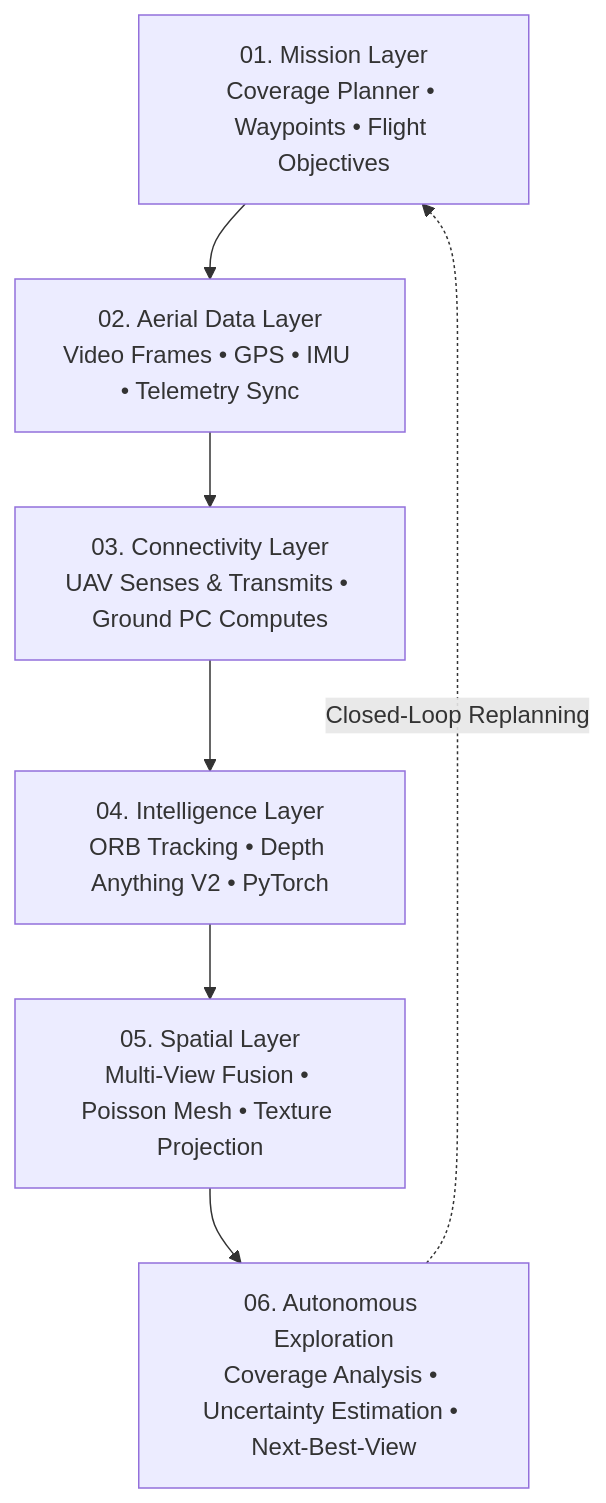
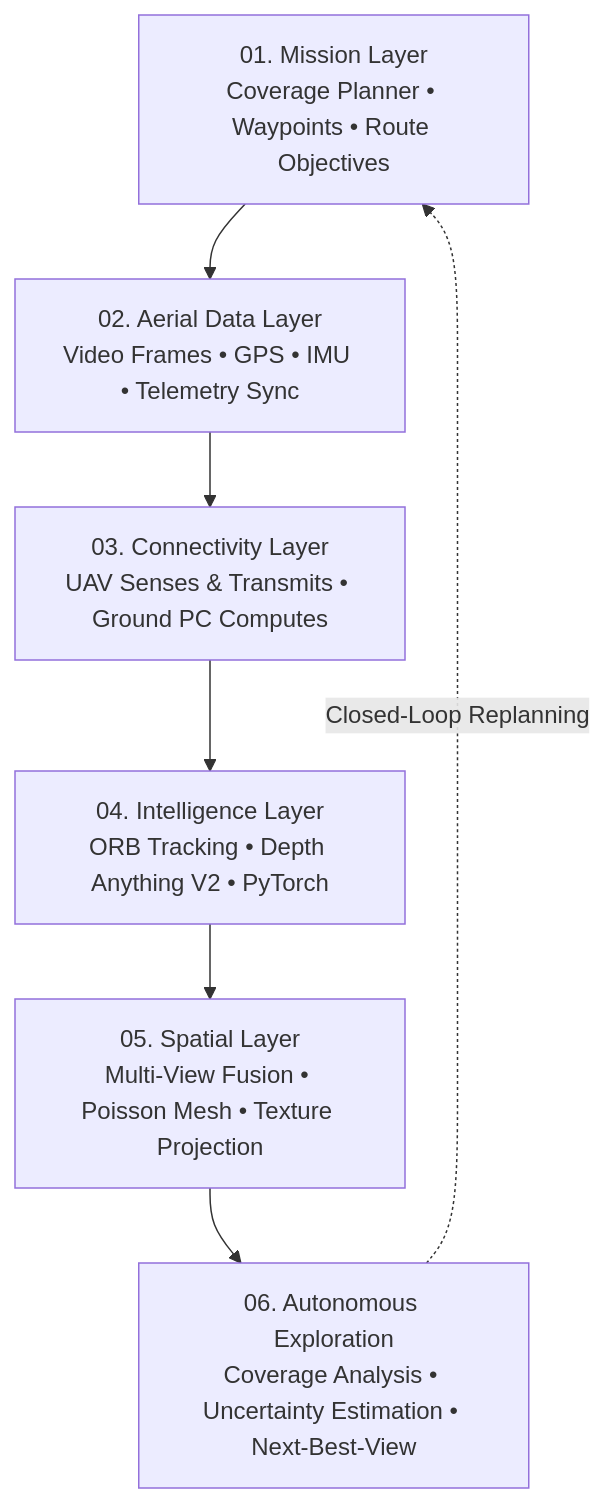
The diagram in README.md (itzlead12/minab), drawn with Mermaid before and after one commit. The commit also changed other lines of this file and 76 other files, not shown here.

````diff
--- a/README.md
+++ b/README.md
@@ -137,9 +147,9 @@
 ```mermaid
 graph TD
-    L1[01. Mission Layer\nCoverage Planner • Waypoints • Flight Objectives] --> L2[02. Aerial Data Layer\nVideo Frames • GPS • IMU • Telemetry Sync]
-    L2 --> L3[03. Connectivity Layer\nUAV Senses & Transmits • Ground PC Computes]
-    L3 --> L4[04. Intelligence Layer\nORB Tracking • Depth Anything V2 • PyTorch]
-    L4 --> L5[05. Spatial Layer\nMulti-View Fusion • Poisson Mesh • Texture Projection]
-    L5 --> L6[06. Autonomous Exploration\nCoverage Analysis • Uncertainty Estimation • Next-Best-View]
+    L1[01. Mission Layer<br>Coverage Planner • Waypoints • Route Objectives] --> L2[02. Aerial Data Layer<br>Video Frames • GPS • IMU • Telemetry Sync]
+    L2 --> L3[03. Connectivity Layer<br>UAV Senses & Transmits • Ground PC Computes]
+    L3 --> L4[04. Intelligence Layer<br>ORB Tracking • Depth Anything V2 • PyTorch]
+    L4 --> L5[05. Spatial Layer<br>Multi-View Fusion • Poisson Mesh • Texture Projection]
+    L5 --> L6[06. Autonomous Exploration<br>Coverage Analysis • Uncertainty Estimation • Next-Best-View]
     L6 -.->|Closed-Loop Replanning| L1
 ```
````
